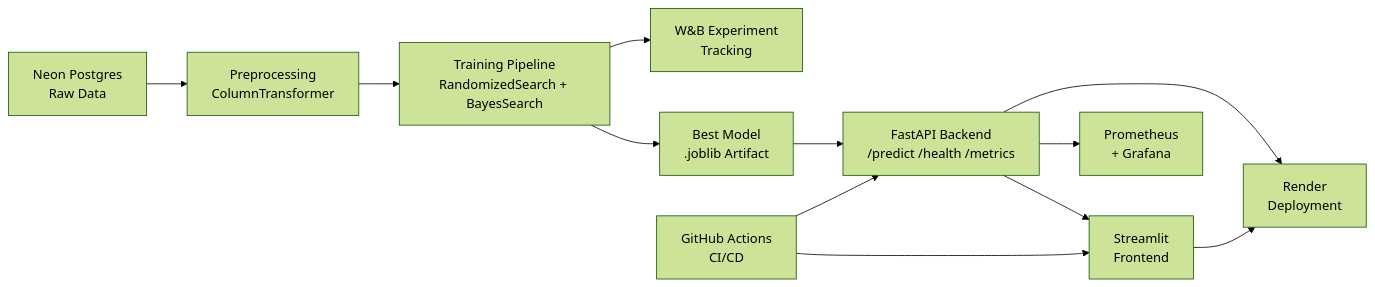
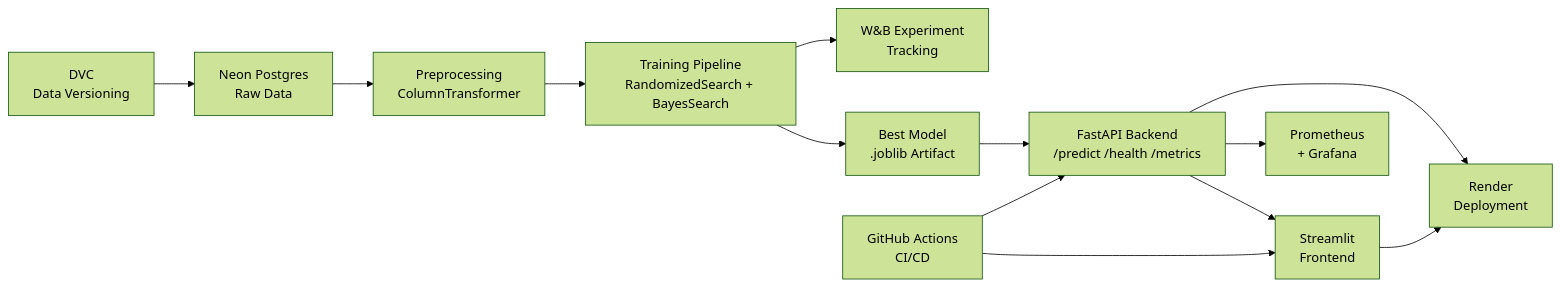
Before and after one commit to venkateshanayakb/logistics-delay-mlops: the diagram in README.md, drawn with Mermaid (forest theme). The commit also changed other lines of this file, not shown here.

Commit message:
docs: add DVC to architecture diagram

````diff
--- a/README.md
+++ b/README.md
@@ -12,14 +12,15 @@
 ```mermaid
 graph LR
+    Z[DVC<br>Data Versioning] --> A
     A[Neon Postgres<br>Raw Data] --> B[Preprocessing<br>ColumnTransformer]
     B --> C[Training Pipeline<br>RandomizedSearch + BayesSearch]
     C --> D[W&B Experiment<br>Tracking]
     C --> E[Best Model<br>.joblib Artifact]
     E --> F[FastAPI Backend<br>/predict /health /metrics]
     F --> G[Streamlit<br>Frontend]
     F --> H[Prometheus<br>+ Grafana]
     I[GitHub Actions<br>CI/CD] --> F
     I --> G
     F --> J[Render<br>Deployment]
     G --> J
 ```
````
